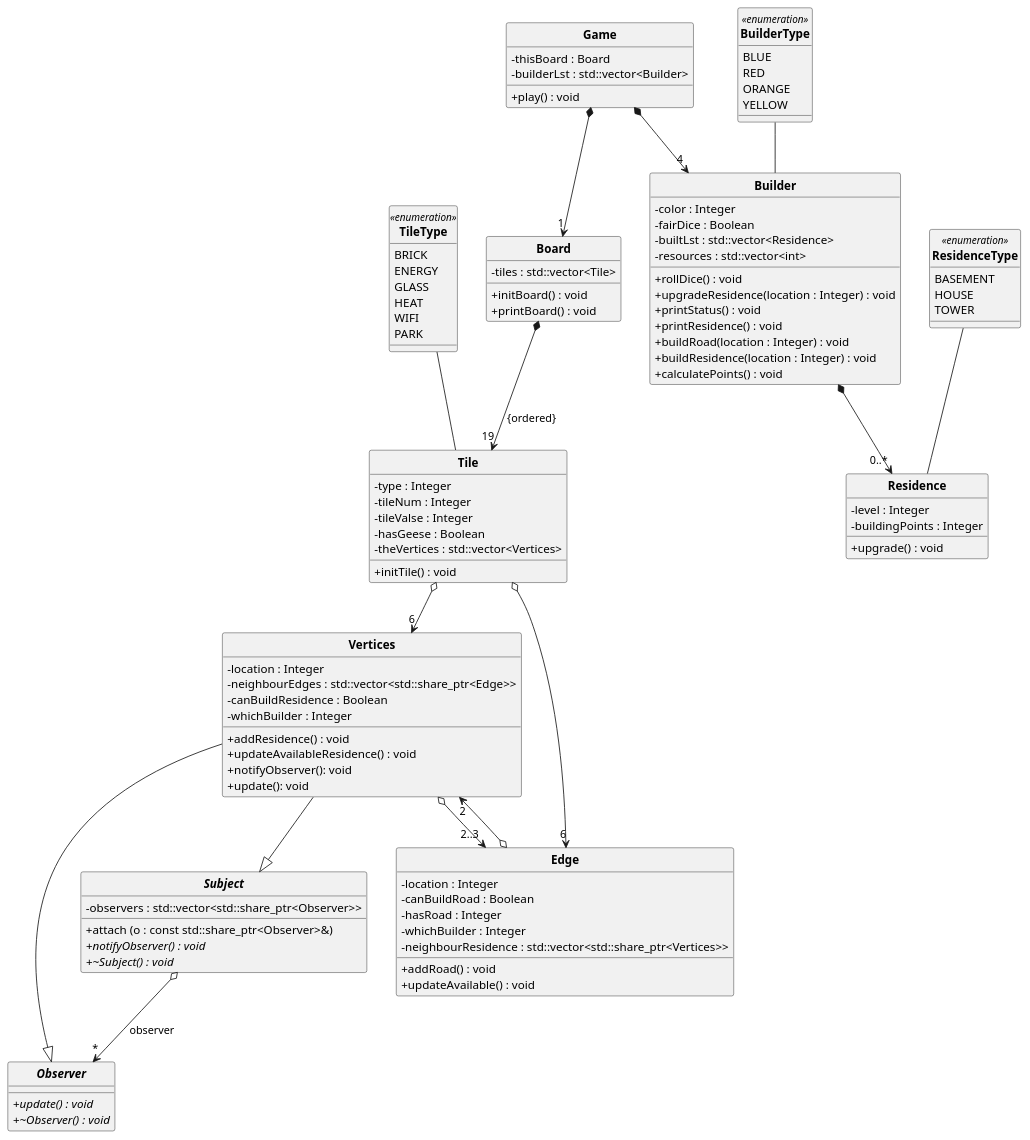
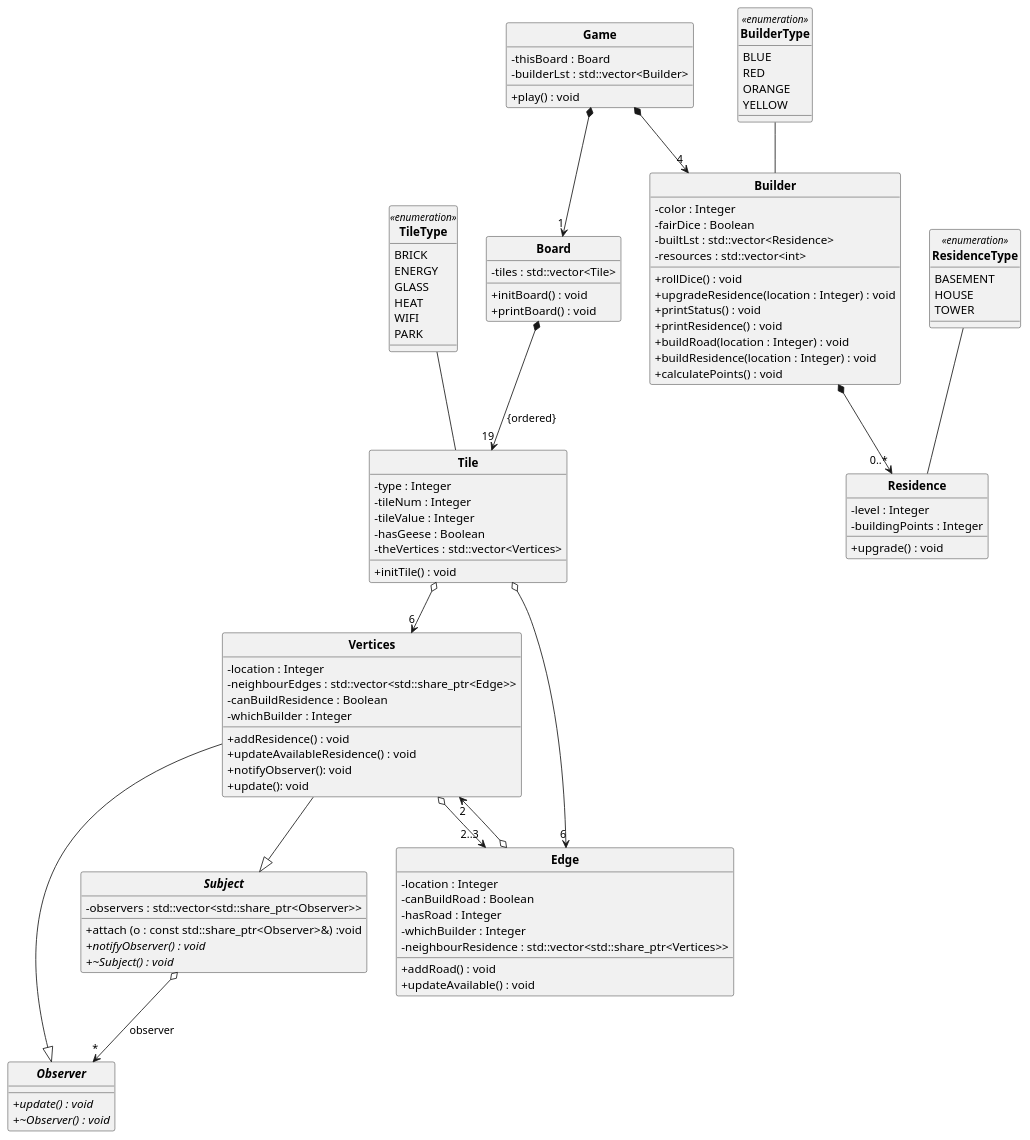
Before and after one commit to Charles-Shang/constructor: the diagram in UML.wsd, drawn with PlantUML.

```diff
--- a/UML.wsd
+++ b/UML.wsd
@@ -1,117 +1,117 @@
 @startuml CS246 Final Project UML ddl#1
 skinparam style strictuml
 skinparam SequenceMessageAlignment center
 skinparam classAttributeIconSize 0
 
 class "**Board**"  {
     -tiles : std::vector<Tile>
     +initBoard() : void 
     +printBoard() : void 
 } 
 
 enum "**TileType**" << enumeration >> {
     BRICK 
     ENERGY 
     GLASS 
     HEAT 
     WIFI 
     PARK
 }
 
 class "**Tile**" {
     - type : Integer
     - tileNum : Integer
-    - tileValse : Integer
+    - tileValue : Integer
     - hasGeese : Boolean
     - theVertices : std::vector<Vertices>
     + initTile() : void
 } 
 
 abstract class "**Observer**" {
     + {abstract} update() : void
     + {abstract} ~Observer() : void
 }
 
 abstract class "**Subject**" {
     - observers : std::vector<std::share_ptr<Observer>>
-    + attach (o : const std::share_ptr<Observer>&)
+    + attach (o : const std::share_ptr<Observer>&) :void
     + {abstract} notifyObserver() : void
     + {abstract} ~Subject() : void
 }
 
 class "**Vertices**" {
     - location : Integer
     - neighbourEdges : std::vector<std::share_ptr<Edge>> 
     - canBuildResidence : Boolean
     - whichBuilder : Integer
     + addResidence() : void 
     + updateAvailableResidence() : void
     + notifyObserver(): void
     + update(): void
 }
 
 class "**Edge**" {
     - location : Integer 
     - canBuildRoad : Boolean
     - hasRoad : Integer 
     - whichBuilder : Integer 
     - neighbourResidence : std::vector<std::share_ptr<Vertices>>
     + addRoad() : void 
     + updateAvailable() : void 
 }
 
 enum "**BuilderType**" << enumeration >> {
     BLUE 
     RED 
     ORANGE 
     YELLOW 
 }
 
 class "**Builder**" {
     - color : Integer 
     - fairDice : Boolean
     - builtLst : std::vector<Residence> 
     - resources : std::vector<int>
     + rollDice() : void 
     + upgradeResidence(location : Integer) : void
     + printStatus() : void 
     + printResidence() : void 
     + buildRoad(location : Integer) : void
     + buildResidence(location : Integer) : void
     + calculatePoints() : void 
 }
 
 enum "**ResidenceType**" << enumeration >> {
     BASEMENT 
     HOUSE
     TOWER  
 }
 
 class "**Residence**" {
     - level : Integer 
     - buildingPoints : Integer 
     + upgrade() : void 
 }
 
 class "**Game**" {
     - thisBoard : Board 
     - builderLst : std::vector<Builder>
     + play() : void 
 }
 
 "**Game**" *--> "1" "**Board**"
 "**Subject**" o--> "*" "**Observer**" : "observer"
 "**Vertices**" --|> "**Subject**"
 "**Vertices**" --|> "**Observer**"
 "**Vertices**" o--> "2..3" "**Edge**" 
 "**Edge**" o--> "2" "**Vertices**"
 "**Game**" *--> "4" "**Builder**"
 "**Board**" *--> "19" "**Tile**" : {ordered}
 "**Tile**" o--> "6" "**Edge**"
 "**Tile**" o--> "6" "**Vertices**"
 "**Builder**" *--> "0..*" "**Residence**"
 "**BuilderType**" -- "**Builder**"
 "**TileType**" -- "**Tile**"
 "**ResidenceType**" -- "**Residence**"
 
 @enduml
```
